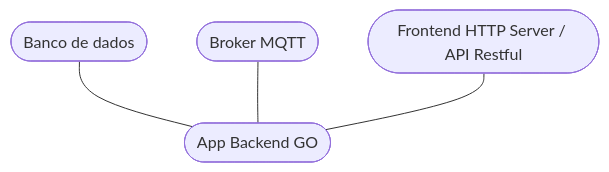
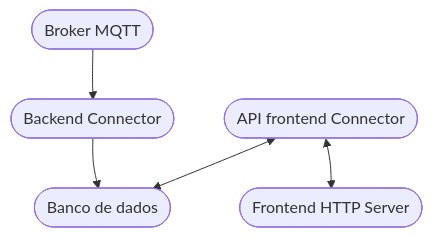
Before and after one commit to pji20242/backend: the diagram in README.md, drawn with Mermaid. The commit also changed other lines of this file and 8 other files, not shown here.

````diff
--- a/README.md
+++ b/README.md
@@ -6,12 +6,13 @@
 ```mermaid
 flowchart TD
+    mqtt([Broker MQTT])
     DB([Banco de dados])
-        DB --- backend
+    connector([Backend Connector])
+    APIconnector([API frontend Connector])    
+    frontend([Frontend HTTP Server])
 
-    mqtt([Broker MQTT])
-        mqtt --- backend
-    backend([App Backend GO])
-        
-    frontend([Frontend HTTP Server / API Restful])
-        frontend --- backend
+    mqtt --> connector
+    connector --> DB
+    APIconnector <--> DB
+    APIconnector <--> frontend
 ```
````
